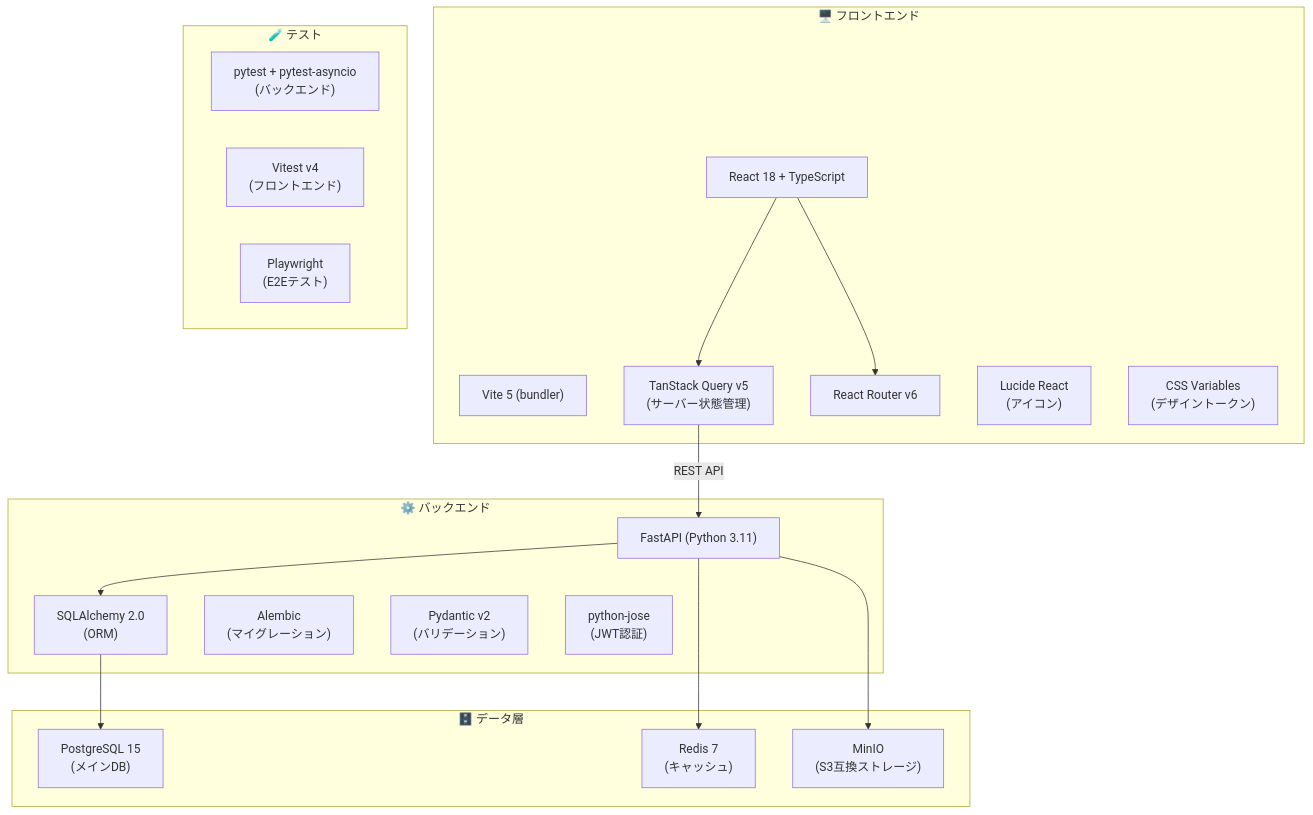
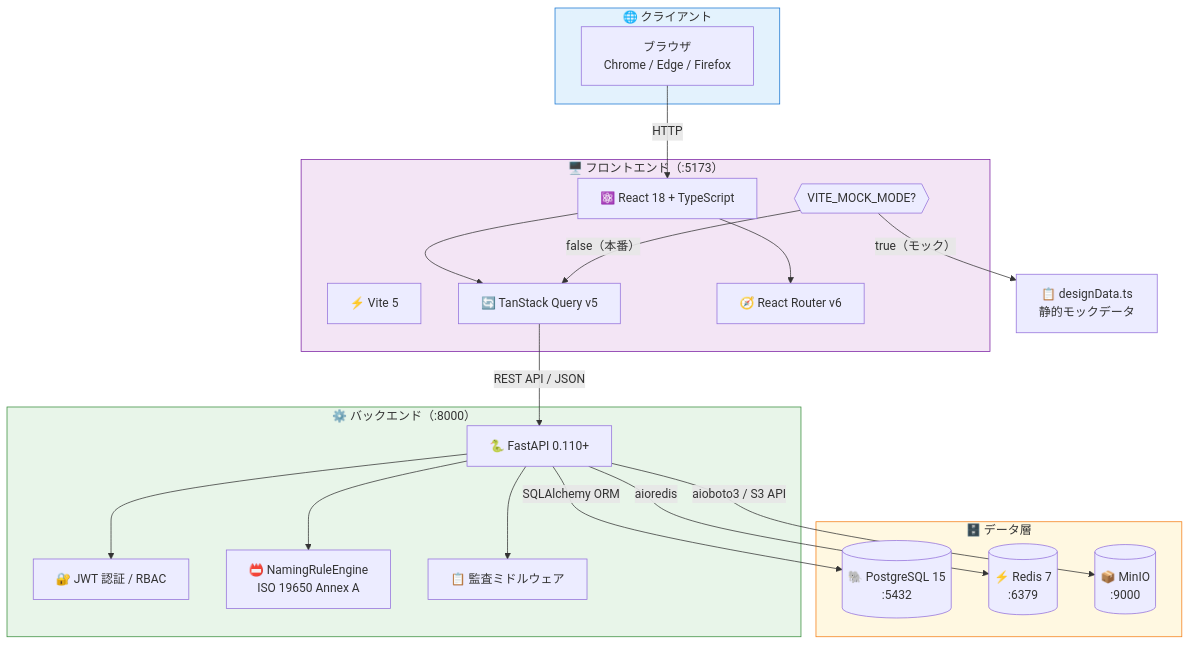
One commit to Kensan196948G/Open-BIM-Information-Platform changed the first of 11 diagrams in docs/TECH_STACK.md. Above: the diagram before and after it, drawn with Mermaid. The commit also changed other lines of this file and 5 other files, not shown here.

First line of the commit message:
feat(webui): demo mode with auto-port, systemd, mock data expansion & docs rewrite

````diff
--- a/docs/TECH_STACK.md
+++ b/docs/TECH_STACK.md
@@ -9,39 +28,45 @@
 ```mermaid
 graph TB
-    subgraph FE["🖥️ フロントエンド"]
-        React["React 18 + TypeScript"]
-        Vite["Vite 5 (bundler)"]
-        TQ["TanStack Query v5\n(サーバー状態管理)"]
-        Router["React Router v6"]
-        Lucide["Lucide React\n(アイコン)"]
-        CSS["CSS Variables\n(デザイントークン)"]
+    subgraph Client["🌐 クライアント"]
+        Browser["ブラウザ\nChrome / Edge / Firefox"]
     end
 
-    subgraph BE["⚙️ バックエンド"]
-        FastAPI["FastAPI (Python 3.11)"]
-        SQLAlchemy["SQLAlchemy 2.0\n(ORM)"]
-        Alembic["Alembic\n(マイグレーション)"]
-        Pydantic["Pydantic v2\n(バリデーション)"]
-        JWT["python-jose\n(JWT認証)"]
+    subgraph FE["🖥️ フロントエンド（:5173）"]
+        React["⚛️ React 18 + TypeScript"]
+        Vite["⚡ Vite 5"]
+        TQ["🔄 TanStack Query v5"]
+        Router["🧭 React Router v6"]
+        MockFlag{{"VITE_MOCK_MODE?"}}
+    end
+
+    subgraph BE["⚙️ バックエンド（:8000）"]
+        FastAPI["🐍 FastAPI 0.110+"]
+        Auth["🔐 JWT 認証 / RBAC"]
+        NamingEngine["📛 NamingRuleEngine\nISO 19650 Annex A"]
+        AuditMiddleware["📋 監査ミドルウェア"]
     end
 
     subgraph Data["🗄️ データ層"]
-        PG["PostgreSQL 15\n(メインDB)"]
-        Redis["Redis 7\n(キャッシュ)"]
-        MinIO["MinIO\n(S3互換ストレージ)"]
+        PG[("🐘 PostgreSQL 15\n:5432")]
+        Redis[("⚡ Redis 7\n:6379")]
+        MinIO[("📦 MinIO\n:9000")]
     end
 
-    subgraph Test["🧪 テスト"]
-        Pytest["pytest + pytest-asyncio\n(バックエンド)"]
-        Vitest["Vitest v4\n(フロントエンド)"]
-        PW["Playwright\n(E2Eテスト)"]
-    end
-
+    Browser -->|"HTTP"| React
     React --> TQ
     React --> Router
-    TQ -->|REST API| FastAPI
-    FastAPI --> SQLAlchemy
-    SQLAlchemy --> PG
-    FastAPI --> Redis
-    FastAPI --> MinIO
+    MockFlag -->|"false（本番）"| TQ
+    MockFlag -->|"true（モック）"| MockData["📋 designData.ts\n静的モックデータ"]
+    TQ -->|"REST API / JSON"| FastAPI
+    FastAPI --> Auth
+    FastAPI --> NamingEngine
+    FastAPI --> AuditMiddleware
+    FastAPI -->|"SQLAlchemy ORM"| PG
+    FastAPI -->|"aioredis"| Redis
+    FastAPI -->|"aioboto3 / S3 API"| MinIO
+
+    style Client fill:#E3F2FD,stroke:#1976D2
+    style FE fill:#F3E5F5,stroke:#7B1FA2
+    style BE fill:#E8F5E9,stroke:#388E3C
+    style Data fill:#FFF8E1,stroke:#F57F17
 ```
````
